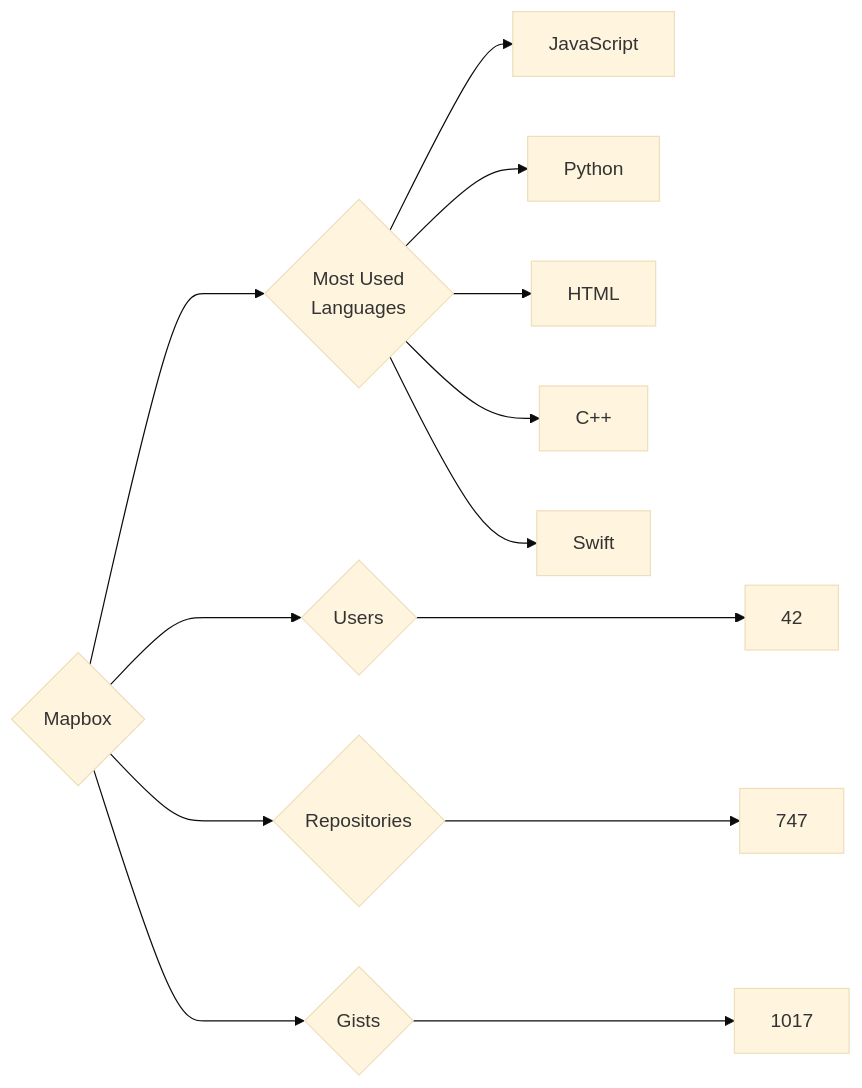
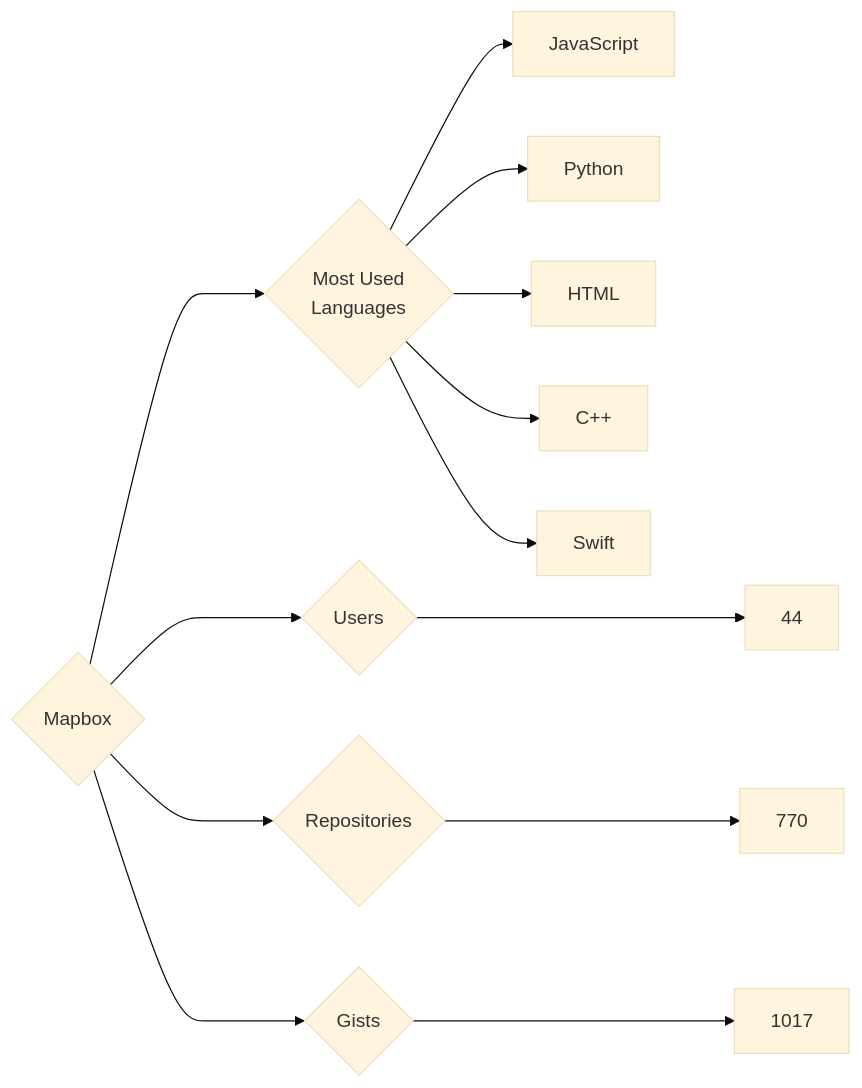
One commit to trickest/insiders changed the diagram in targets/Mapbox/README.md. Above: the diagram before and after it, drawn with Mermaid (base theme). The commit also changed 1248 other files, not shown here.

````diff
--- a/targets/Mapbox/README.md
+++ b/targets/Mapbox/README.md
@@ -3,13 +3,13 @@
 ```mermaid
 graph LR
 COMPANY_NAME{Mapbox}
-COMPANY_NAME ---> U{Users} ---> UN[42]
-COMPANY_NAME ---> R{Repositories} ---> RN[747]
+COMPANY_NAME ---> U{Users} ---> UN[44]
+COMPANY_NAME ---> R{Repositories} ---> RN[770]
 COMPANY_NAME ---> G{Gists} ---> GN[1017]
 COMPANY_NAME ---> ML{Most Used<br>Languages}
 ML --> JavaScript[JavaScript]
 ML --> Python[Python]
 ML --> HTML[HTML]
 ML --> C++[C++]
 ML --> Swift[Swift]
 ```
````
